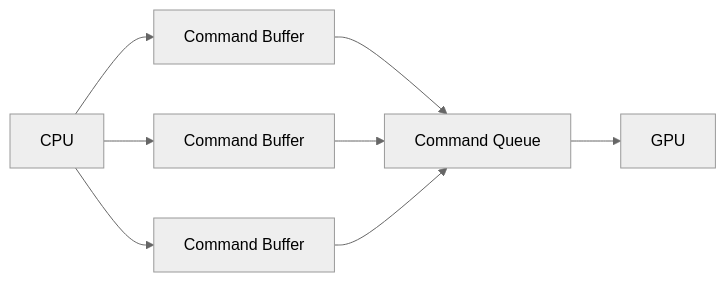
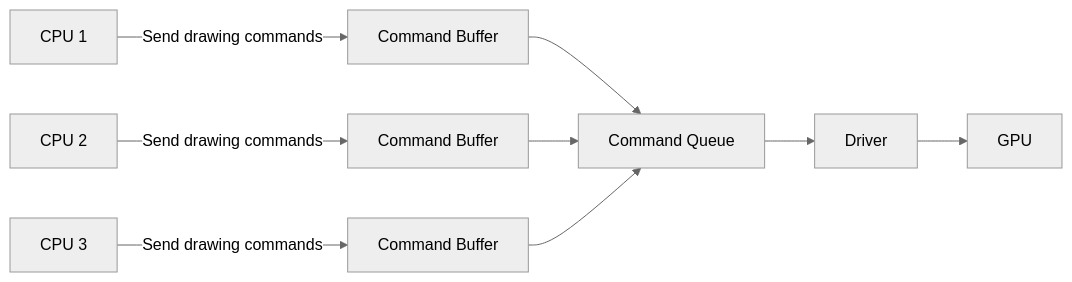
Before and after one commit to AlexMollard/CppOdyssey: the second of 2 diagrams in Pages/Vulkan/Vulkan.md, drawn with Mermaid (neutral theme). The commit also changed other lines of this file, not shown here.

````diff
--- a/Pages/Vulkan/Vulkan.md
+++ b/Pages/Vulkan/Vulkan.md
@@ -42,10 +59,23 @@
 ```mermaid
 graph LR
-A[CPU] --> B[Command Buffer]
-A[CPU] --> C[Command Buffer]
-A[CPU] --> D[Command Buffer]
-B[Command Buffer] --> E[Command Queue]
-C[Command Buffer] --> E[Command Queue]
-D[Command Buffer] --> E[Command Queue]
-E[Command Queue] --> F[GPU]
+E[CPU 1]
+F[CPU 2]
+G[CPU 3]
+H[Command Buffer]
+I[Command Buffer]
+J[Command Buffer]
+K[Command Queue]
+L[Driver]
+M[GPU]
+
+
+E --> |Send drawing commands| H
+F --> |Send drawing commands| I
+G --> |Send drawing commands| J
+H --> K
+I --> K
+J --> K
+K --> L
+L --> M
+
 ```
````
